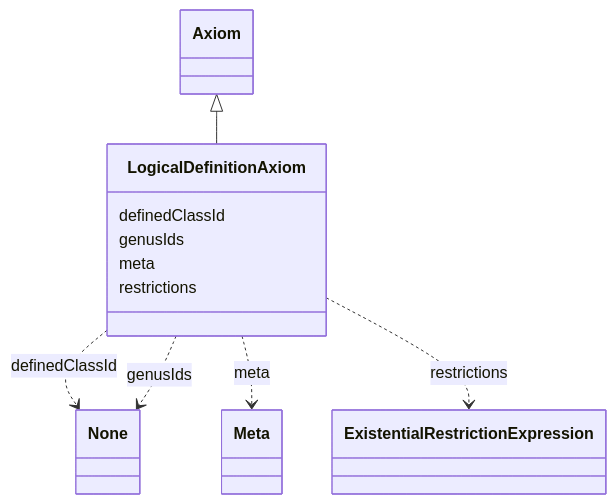
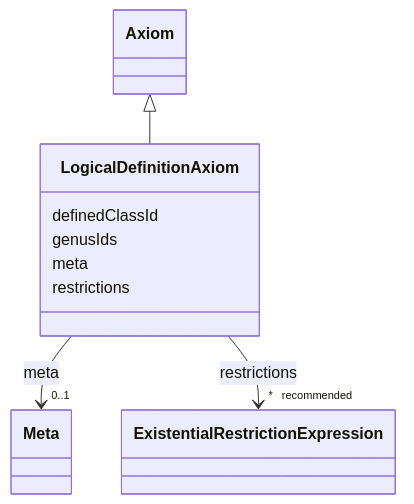
One commit to INCATools/ontology-access-kit changed the diagram in docs/datamodels/obograph/LogicalDefinitionAxiom.md. Above: the diagram before and after it, drawn with Mermaid. The commit also changed other lines of this file and 539 other files, not shown here.

````diff
--- a/docs/datamodels/obograph/LogicalDefinitionAxiom.md
+++ b/docs/datamodels/obograph/LogicalDefinitionAxiom.md
@@ -11,23 +19,31 @@
 ```{mermaid}
  classDiagram
     class LogicalDefinitionAxiom
+    click LogicalDefinitionAxiom href "../LogicalDefinitionAxiom"
       Axiom <|-- LogicalDefinitionAxiom
+        click Axiom href "../Axiom"
       
       LogicalDefinitionAxiom : definedClassId
         
-          LogicalDefinitionAxiom ..> None : definedClassId
-        
       LogicalDefinitionAxiom : genusIds
-        
-          LogicalDefinitionAxiom ..> None : genusIds
         
       LogicalDefinitionAxiom : meta
         
-          LogicalDefinitionAxiom ..> Meta : meta
+          
+    
+    
+    LogicalDefinitionAxiom --> "0..1" Meta : meta
+    click Meta href "../Meta"
+
         
       LogicalDefinitionAxiom : restrictions
         
-          LogicalDefinitionAxiom ..> ExistentialRestrictionExpression : restrictions
+          
+    
+    
+    LogicalDefinitionAxiom --> "* _recommended_" ExistentialRestrictionExpression : restrictions
+    click ExistentialRestrictionExpression href "../ExistentialRestrictionExpression"
+
         
       
 ```
````
